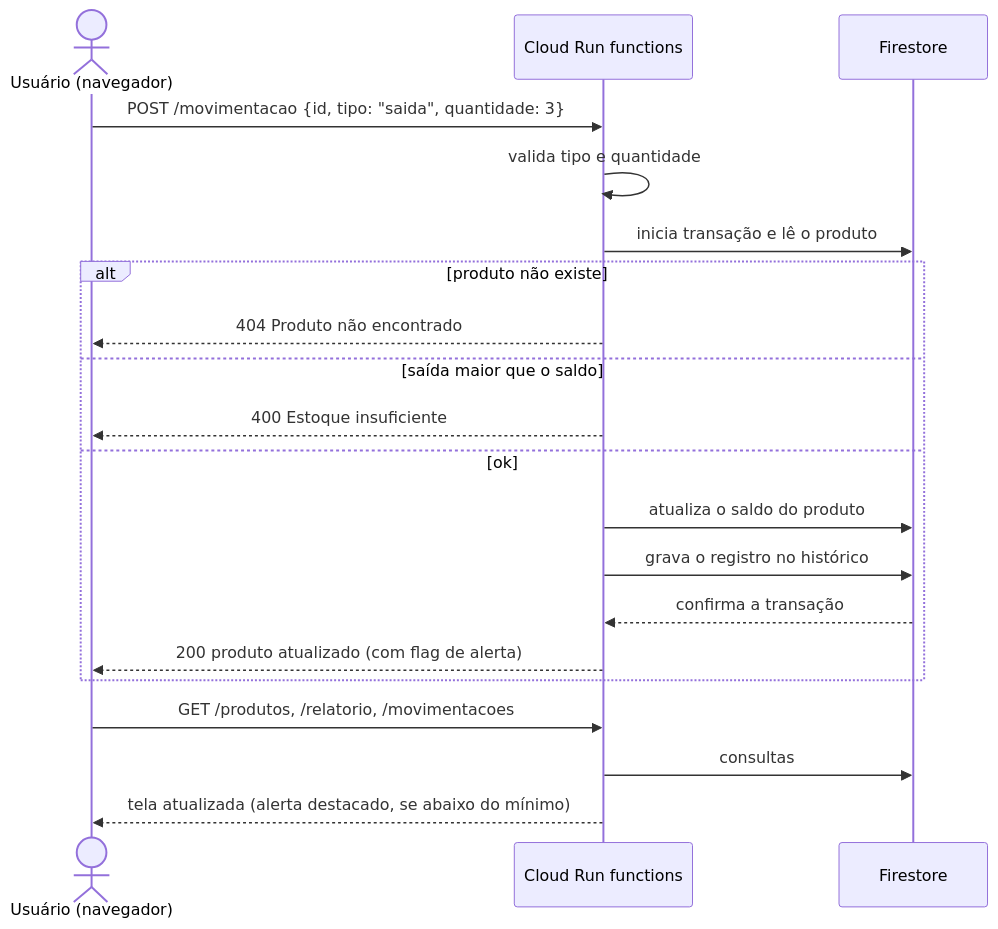
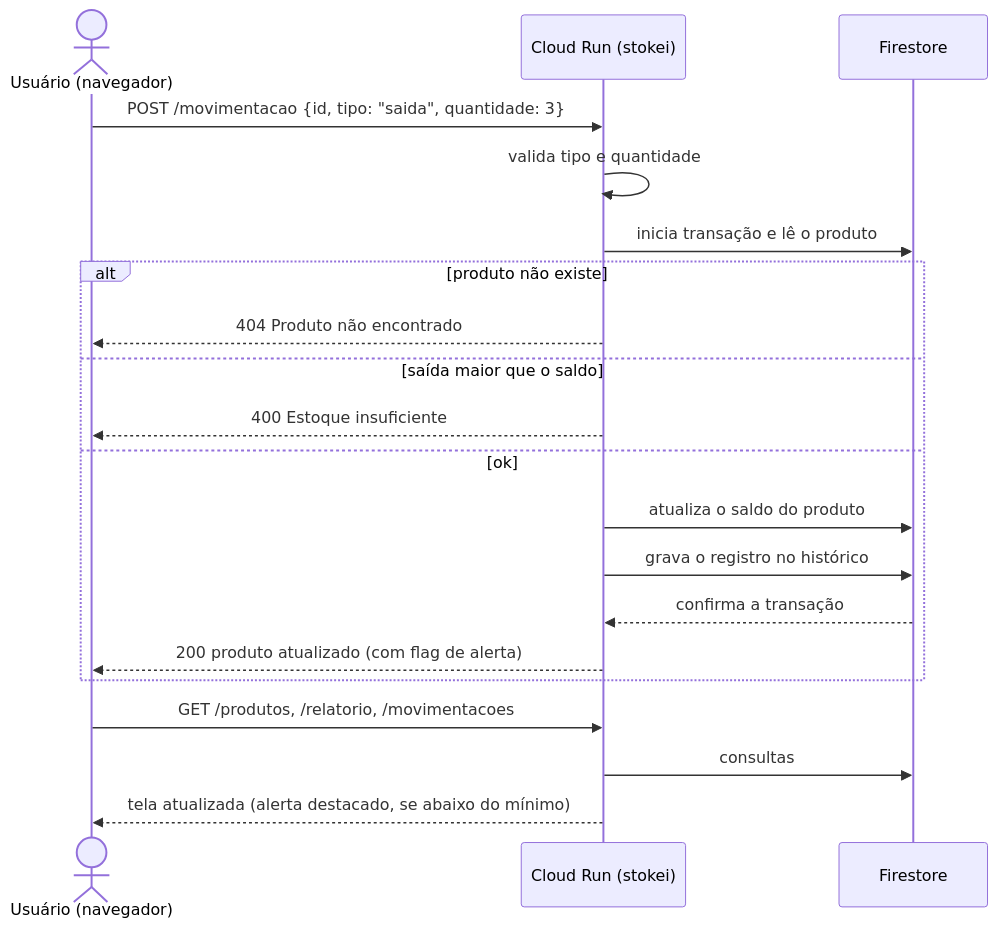
One commit to portelav/stokei changed the diagram in docs/02-arquitetura.md. Above: the diagram before and after it, drawn with Mermaid. The commit also changed other lines of this file and 12 other files, not shown here.

First line of the commit message:
Update docs, diagram and report for the single Cloud Run container

````diff
--- a/docs/02-arquitetura.md
+++ b/docs/02-arquitetura.md
@@ -44,23 +44,23 @@
 ```mermaid
 sequenceDiagram
     actor U as Usuário (navegador)
-    participant F as Cloud Run functions
+    participant F as Cloud Run (stokei)
     participant DB as Firestore
 
     U->>F: POST /movimentacao {id, tipo: "saida", quantidade: 3}
     F->>F: valida tipo e quantidade
     F->>DB: inicia transação e lê o produto
     alt produto não existe
         F-->>U: 404 Produto não encontrado
     else saída maior que o saldo
         F-->>U: 400 Estoque insuficiente
     else ok
         F->>DB: atualiza o saldo do produto
         F->>DB: grava o registro no histórico
         DB-->>F: confirma a transação
         F-->>U: 200 produto atualizado (com flag de alerta)
     end
     U->>F: GET /produtos, /relatorio, /movimentacoes
     F->>DB: consultas
     F-->>U: tela atualizada (alerta destacado, se abaixo do mínimo)
 ```
````
